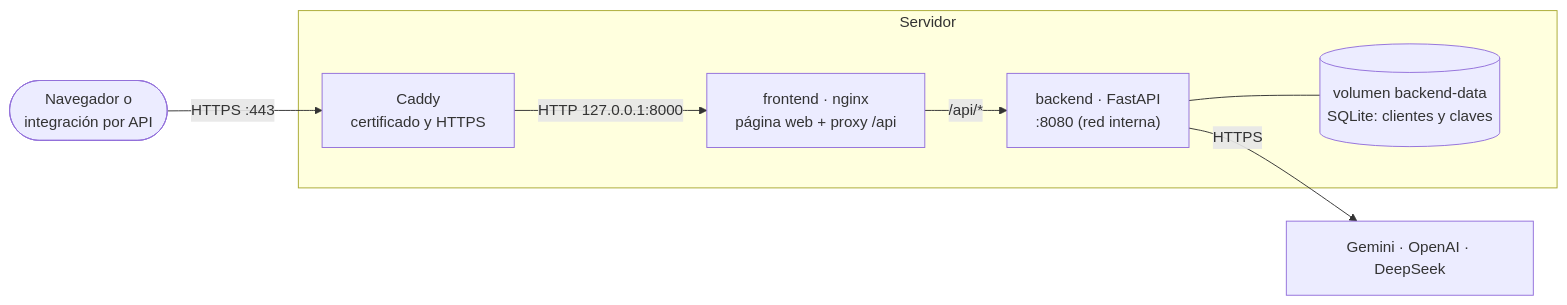
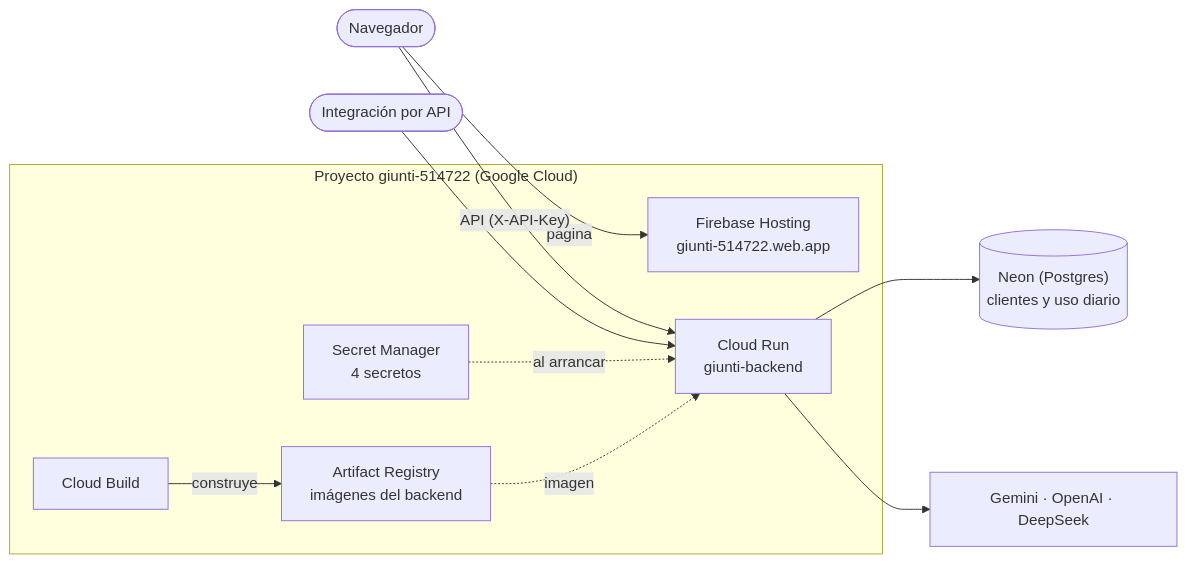
One commit to lStiven/giunti changed the first of 2 diagrams in guia/despliegue.md. Above: the diagram before and after it, drawn with Mermaid. The commit also changed other lines of this file and 12 other files, not shown here.

````diff
--- a/guia/despliegue.md
+++ b/guia/despliegue.md
@@ -11,10 +11,15 @@
 ```mermaid
 flowchart LR
-    U(["Navegador o<br/>integración por API"]) -- "HTTPS :443" --> C["Caddy<br/>certificado y HTTPS"]
-    subgraph S["Servidor"]
-        C -- "HTTP 127.0.0.1:8000" --> F["frontend · nginx<br/>página web + proxy /api"]
-        F -- "/api/*" --> B["backend · FastAPI<br/>:8080 (red interna)"]
-        B --- V[("volumen backend-data<br/>SQLite: clientes y claves")]
+    U(["Navegador"]) -- "página" --> FH["Firebase Hosting<br/>giunti-514722.web.app"]
+    U -- "API (X-API-Key)" --> CR
+    I(["Integración por API"]) --> CR
+    subgraph GCP["Proyecto giunti-514722 (Google Cloud)"]
+        FH
+        CR["Cloud Run<br/>giunti-backend"]
+        SM["Secret Manager<br/>4 secretos"] -. "al arrancar" .-> CR
+        AR["Artifact Registry<br/>imágenes del backend"] -. "imagen" .-> CR
+        CB["Cloud Build"] -- "construye" --> AR
     end
-    B -- "HTTPS" --> L["Gemini · OpenAI · DeepSeek"]
+    CR --> NE[("Neon (Postgres)<br/>clientes y uso diario")]
+    CR --> LLM["Gemini · OpenAI · DeepSeek"]
 ```
````
